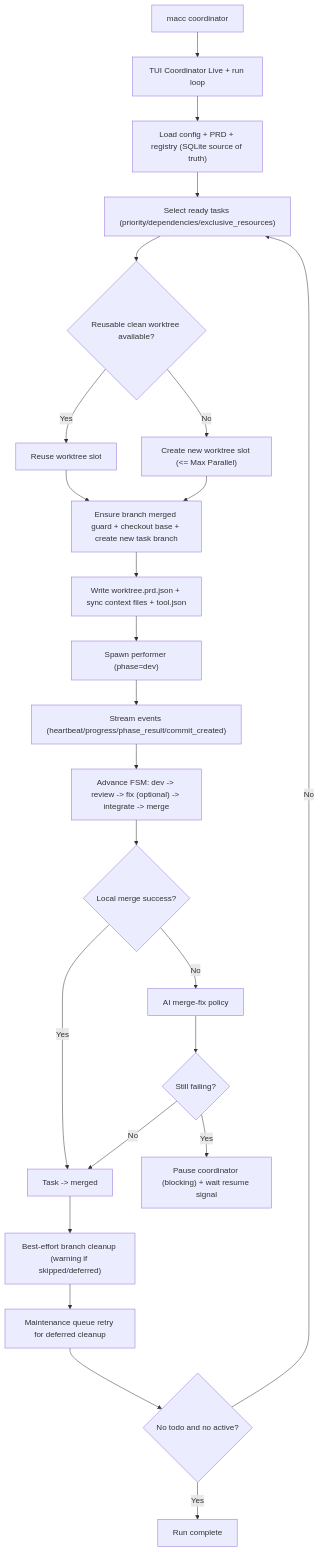
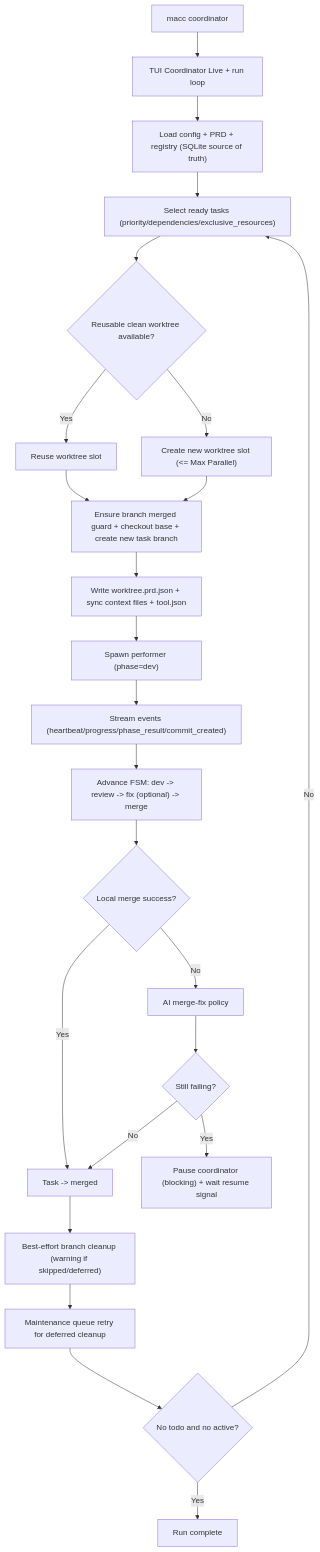
One commit to mod-one/macc changed the first of 2 diagrams in MACC.md. Above: the diagram before and after it, drawn with Mermaid. The commit also changed other lines of this file and 13 other files, not shown here.

Commit message:
upd: Workflow change: InProgress → review → PrOpen → merge (removed the integrate step between PrOpen and merge)

````diff
--- a/MACC.md
+++ b/MACC.md
@@ -342,26 +342,26 @@
 ```mermaid
 flowchart TD
     A["macc coordinator"] --> B["TUI Coordinator Live + run loop"]
     B --> C["Load config + PRD + registry (SQLite source of truth)"]
     C --> D["Select ready tasks (priority/dependencies/exclusive_resources)"]
     D --> E{"Reusable clean worktree available?"}
     E -- Yes --> F["Reuse worktree slot"]
     E -- No --> G["Create new worktree slot (<= Max Parallel)"]
     F --> H["Ensure branch merged guard + checkout base + create new task branch"]
     G --> H
     H --> I["Write worktree.prd.json + sync context files + tool.json"]
     I --> J["Spawn performer (phase=dev)"]
     J --> K["Stream events (heartbeat/progress/phase_result/commit_created)"]
-    K --> L["Advance FSM: dev -> review -> fix (optional) -> integrate -> merge"]
+    K --> L["Advance FSM: dev -> review -> fix (optional) -> merge"]
     L --> M{"Local merge success?"}
     M -- Yes --> N["Task -> merged"]
     M -- No --> O["AI merge-fix policy"]
     O --> P{"Still failing?"}
     P -- Yes --> Q["Pause coordinator (blocking) + wait resume signal"]
     P -- No --> N
     N --> R["Best-effort branch cleanup (warning if skipped/deferred)"]
     R --> S["Maintenance queue retry for deferred cleanup"]
     S --> T{"No todo and no active?"}
     T -- No --> D
     T -- Yes --> U["Run complete"]
 ```
````
